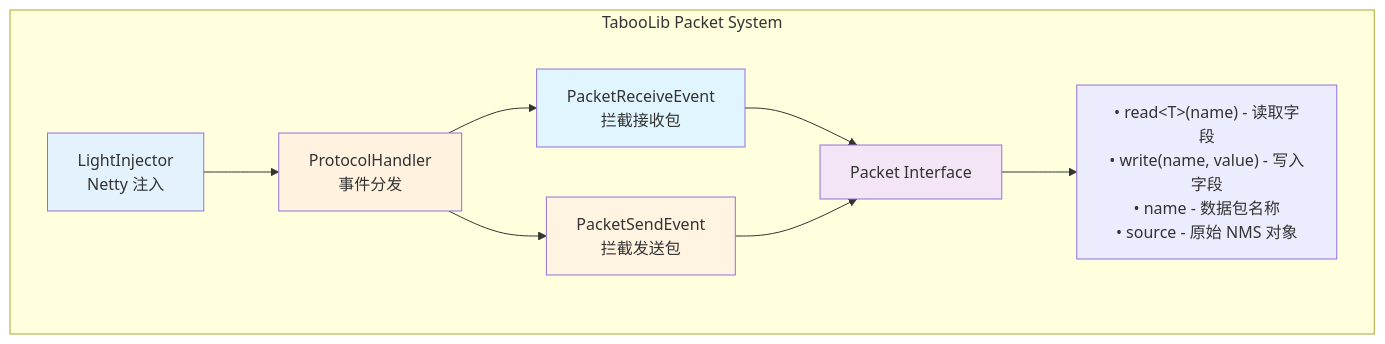
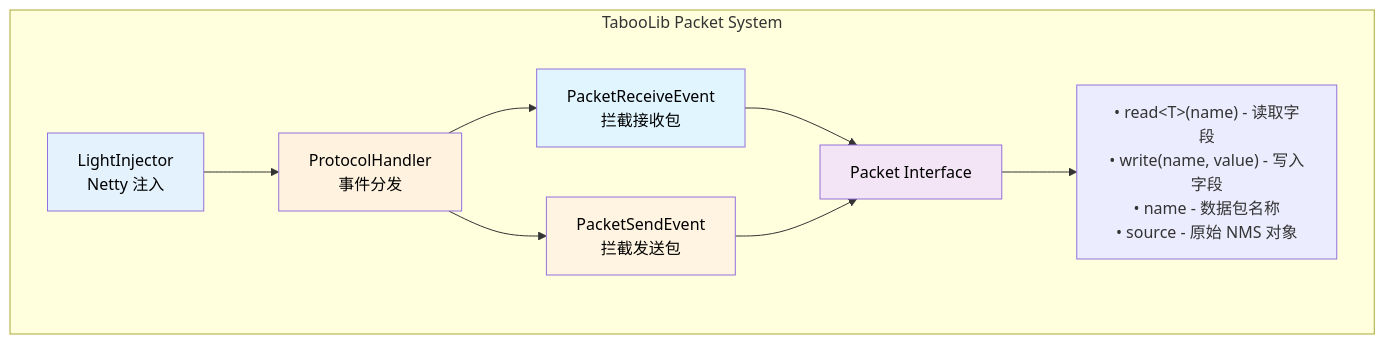
One commit to FxRayHughes/taboowiki changed the second of 3 diagrams in docs/basic-tech/packet/index.md. Above: the diagram before and after it, drawn with Mermaid. The commit also changed other lines of this file and 19 other files, not shown here.

First line of the commit message:
feat(docs): 添加 Mermaid 图表支持并优化暗色模式显示

````diff
--- a/docs/basic-tech/packet/index.md
+++ b/docs/basic-tech/packet/index.md
@@ -38,18 +38,18 @@
 ```mermaid
 graph TB
     subgraph TabooLib Packet System
         A[LightInjector<br/>Netty 注入] --> B[ProtocolHandler<br/>事件分发]
         B --> C[PacketReceiveEvent<br/>拦截接收包]
         B --> D[PacketSendEvent<br/>拦截发送包]
         C --> E[Packet Interface]
         D --> E
 
         E --> F["• read&lt;T&gt;(name) - 读取字段<br/>• write(name, value) - 写入字段<br/>• name - 数据包名称<br/>• source - 原始 NMS 对象"]
     end
 
-    style A fill:#e3f2fd
-    style B fill:#fff3e0
-    style C fill:#e1f5ff
-    style D fill:#fff4e1
-    style E fill:#f3e5f5
+    style A fill:#e3f2fd,color:#000000
+    style B fill:#fff3e0,color:#000000
+    style C fill:#e1f5ff,color:#000000
+    style D fill:#fff4e1,color:#000000
+    style E fill:#f3e5f5,color:#000000
 ```
````
